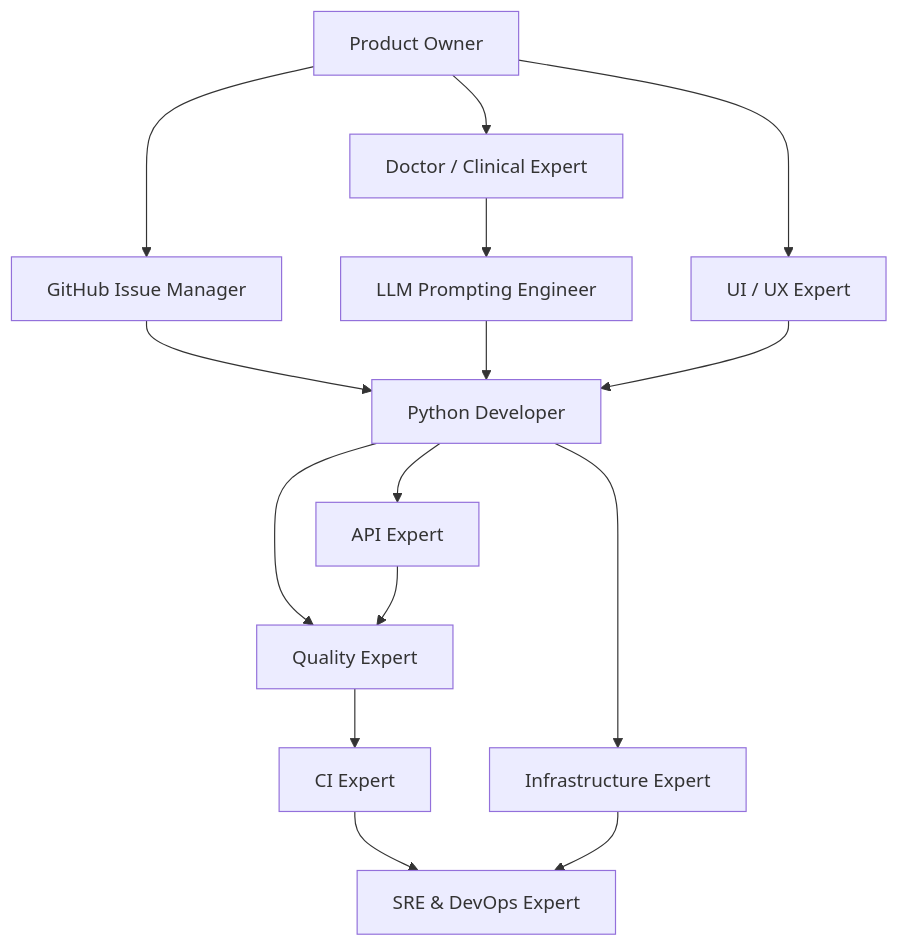
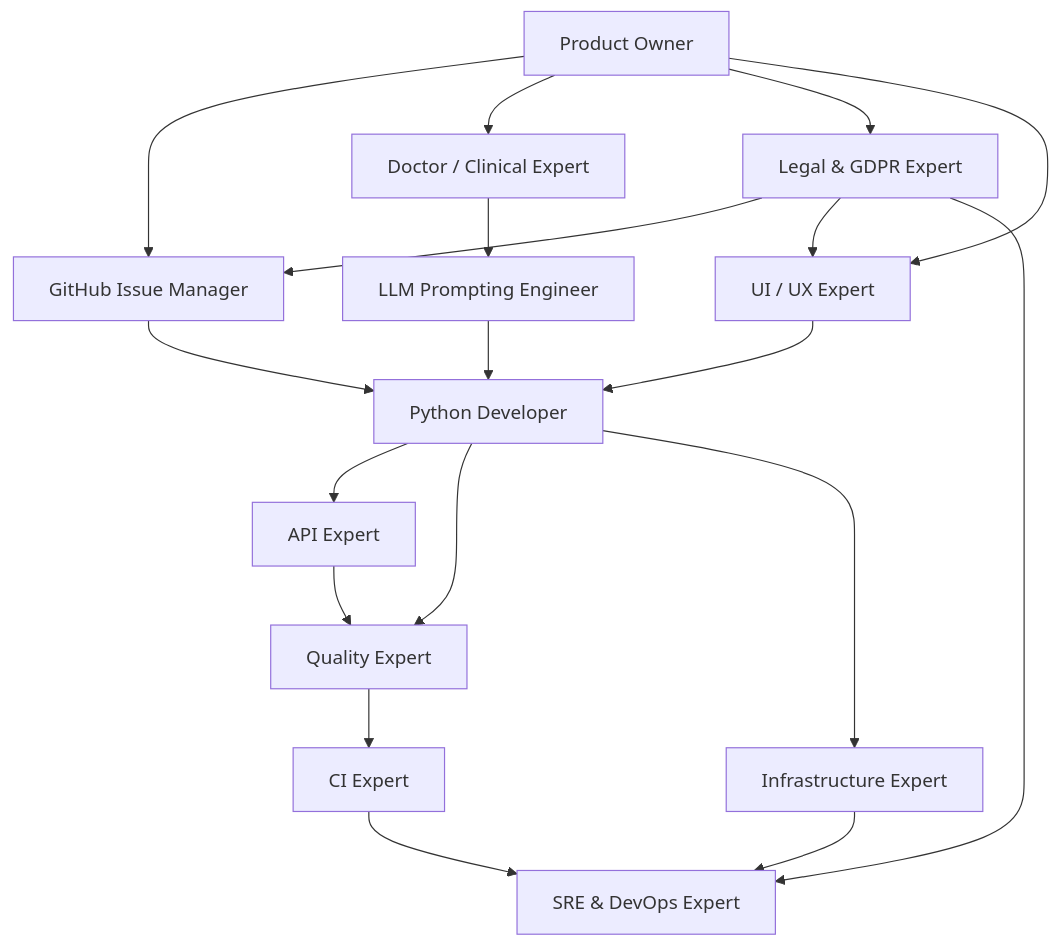
One commit to oncoflow/oncoflow changed the diagram in AGENTS.md. Above: the diagram before and after it, drawn with Mermaid. The commit also changed other lines of this file and 2 other files, not shown here.

Commit message:
feat(gdpr): add legal-gdpr-expert subagent and skill for GDPR compliance auditing (#111)

````diff
--- a/AGENTS.md
+++ b/AGENTS.md
@@ -68,17 +68,21 @@
 ```mermaid
 graph TD
     PO[Product Owner] --> IM[GitHub Issue Manager]
     PO --> MD[Doctor / Clinical Expert]
+    PO --> LGE[Legal & GDPR Expert]
     PO --> UX[UI / UX Expert]
+    LGE --> IM
+    LGE --> UX
+    LGE --> SRE[SRE & DevOps Expert]
     IM --> PY[Python Developer]
     MD --> PM[LLM Prompting Engineer]
     PM --> PY
     UX --> PY
     PY --> API[API Expert]
     PY --> QE[Quality Expert]
     API --> QE
     QE --> CI[CI Expert]
     PY --> IE[Infrastructure Expert]
-    CI --> SRE[SRE & DevOps Expert]
+    CI --> SRE
     IE --> SRE
 ```
````
